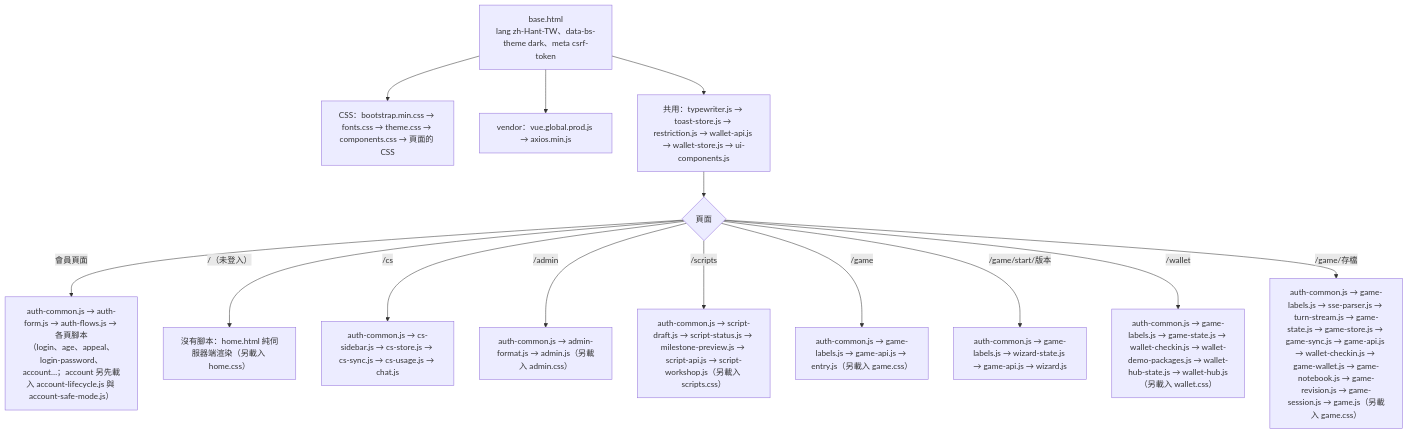
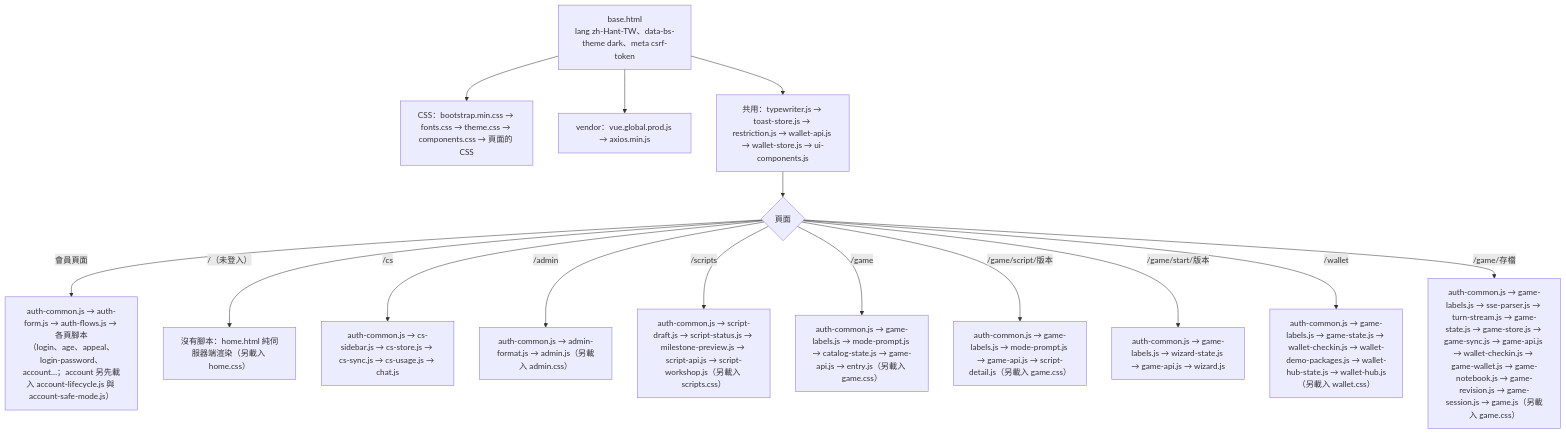
One commit to pp466pp466/R.A.C changed the first of 13 diagrams in docs/前端結構-frontend.md. Above: the diagram before and after it, drawn with Mermaid. The commit also changed other lines of this file and 20 other files, not shown here.

First line of the commit message:
rpg-script-publishing ⑦ 批：入口目錄的搜尋與篩選、共用安全模式詢問 Modal、/game/script/<版本> 詳情頁（tasks 7.1–7.5）

````diff
--- a/docs/前端結構-frontend.md
+++ b/docs/前端結構-frontend.md
@@ -13,17 +13,18 @@
 ```mermaid
 flowchart TD
     Base["base.html<br/>lang zh-Hant-TW、data-bs-theme dark、meta csrf-token"]
     Base --> Css["CSS：bootstrap.min.css → fonts.css → theme.css → components.css → 頁面的 CSS"]
     Base --> Vendor["vendor：vue.global.prod.js → axios.min.js"]
     Base --> Ui["共用：typewriter.js → toast-store.js → restriction.js → wallet-api.js → wallet-store.js → ui-components.js"]
     Ui --> Page{"頁面"}
     Page -->|"會員頁面"| Auth["auth-common.js → auth-form.js → auth-flows.js → 各頁腳本<br/>（login、age、appeal、login-password、account…；account 另先載入 account-lifecycle.js 與 account-safe-mode.js）"]
     Page -->|"/（未登入）"| Home["沒有腳本：home.html 純伺服器端渲染（另載入 home.css）"]
     Page -->|"/cs"| Cs["auth-common.js → cs-sidebar.js → cs-store.js → cs-sync.js → cs-usage.js → chat.js"]
     Page -->|"/admin"| Adm["auth-common.js → admin-format.js → admin.js（另載入 admin.css）"]
     Page -->|"/scripts"| Scr["auth-common.js → script-draft.js → script-status.js → milestone-preview.js → script-api.js → script-workshop.js（另載入 scripts.css）"]
-    Page -->|"/game"| Gm["auth-common.js → game-labels.js → game-api.js → entry.js（另載入 game.css）"]
+    Page -->|"/game"| Gm["auth-common.js → game-labels.js → mode-prompt.js → catalog-state.js → game-api.js → entry.js（另載入 game.css）"]
+    Page -->|"/game/script/版本"| Sdt["auth-common.js → game-labels.js → mode-prompt.js → game-api.js → script-detail.js（另載入 game.css）"]
     Page -->|"/game/start/版本"| Wzd["auth-common.js → game-labels.js → wizard-state.js → game-api.js → wizard.js"]
     Page -->|"/wallet"| Wlt["auth-common.js → game-labels.js → game-state.js → wallet-checkin.js → wallet-demo-packages.js → wallet-hub-state.js → wallet-hub.js（另載入 wallet.css）"]
     Page -->|"/game/存檔"| Gsv["auth-common.js → game-labels.js → sse-parser.js → turn-stream.js → game-state.js → game-store.js → game-sync.js → game-api.js → wallet-checkin.js → game-wallet.js → game-notebook.js → game-revision.js → game-session.js → game.js（另載入 game.css）"]
 ```
````
